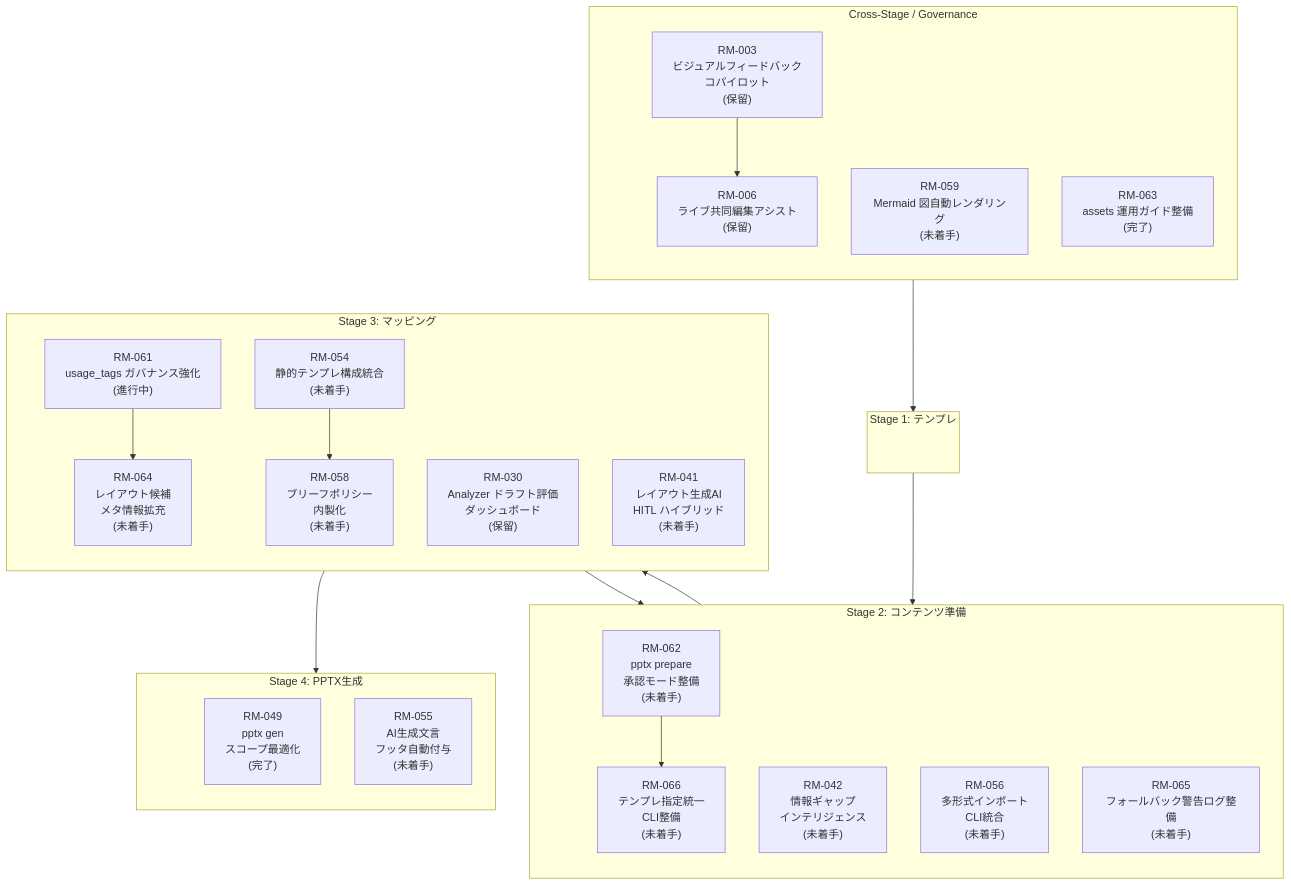
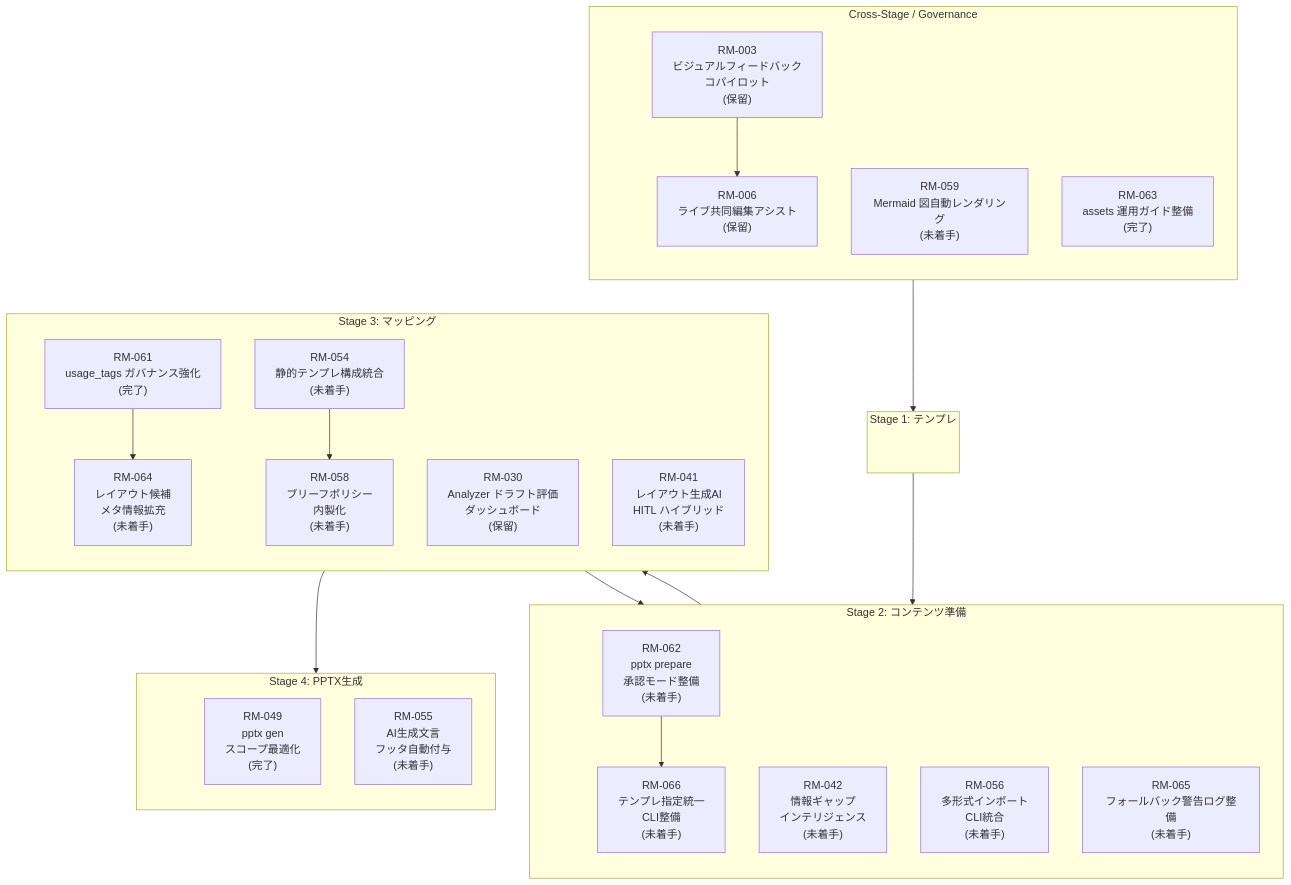
Before and after one commit to yurake/pptx_generator: the diagram in docs/roadmap/roadmap.md, drawn with Mermaid. The commit also changed other lines of this file and 2 other files, not shown here.

````diff
--- a/docs/roadmap/roadmap.md
+++ b/docs/roadmap/roadmap.md
@@ -25,58 +25,58 @@
 ```mermaid
 flowchart TB
     subgraph GOV["Cross-Stage / Governance"]
         direction TB
         GOV_ANCHOR(( ))
         RM003["RM-003<br/>ビジュアルフィードバック<br/>コパイロット<br/>(保留)"]
         RM006["RM-006<br/>ライブ共同編集アシスト<br/>(保留)"]
         RM059["RM-059<br/>Mermaid 図自動レンダリング<br/>(未着手)"]
         RM063["RM-063<br/>assets 運用ガイド整備<br/>(完了)"]
     end
 
     subgraph ST1["Stage 1: テンプレ"]
         direction TB
         ST1_ANCHOR(( ))
     end
 
     subgraph ST2["Stage 2: コンテンツ準備"]
         direction TB
         ST2_ANCHOR(( ))
         RM042["RM-042<br/>情報ギャップ<br/>インテリジェンス<br/>(未着手)"]
         RM056["RM-056<br/>多形式インポート<br/>CLI統合<br/>(未着手)"]
         RM062["RM-062<br/>pptx prepare<br/>承認モード整備<br/>(未着手)"]
         RM065["RM-065<br/>フォールバック警告ログ整備<br/>(未着手)"]
         RM066["RM-066<br/>テンプレ指定統一<br/>CLI整備<br/>(未着手)"]
     end
 
     subgraph ST3["Stage 3: マッピング"]
         direction TB
         ST3_ANCHOR(( ))
         RM030["RM-030<br/>Analyzer ドラフト評価<br/>ダッシュボード<br/>(保留)"]
         RM041["RM-041<br/>レイアウト生成AI<br/>HITL ハイブリッド<br/>(未着手)"]
         RM054["RM-054<br/>静的テンプレ構成統合<br/>(未着手)"]
         RM058["RM-058<br/>ブリーフポリシー<br/>内製化<br/>(未着手)"]
-        RM061["RM-061<br/>usage_tags ガバナンス強化<br/>(進行中)"]
+        RM061["RM-061<br/>usage_tags ガバナンス強化<br/>(完了)"]
         RM064["RM-064<br/>レイアウト候補<br/>メタ情報拡充<br/>(未着手)"]
     end
 
     subgraph ST4["Stage 4: PPTX生成"]
         direction TB
         ST4_ANCHOR(( ))
         RM049["RM-049<br/>pptx gen<br/>スコープ最適化<br/>(完了)"]
         RM055["RM-055<br/>AI生成文言<br/>フッタ自動付与<br/>(未着手)"]
     end
 
     style GOV_ANCHOR fill:transparent,stroke:transparent
     style ST1_ANCHOR fill:transparent,stroke:transparent
     style ST2_ANCHOR fill:transparent,stroke:transparent
     style ST3_ANCHOR fill:transparent,stroke:transparent
     style ST4_ANCHOR fill:transparent,stroke:transparent
 
     GOV_ANCHOR --> ST1_ANCHOR --> ST2_ANCHOR --> ST3_ANCHOR --> ST4_ANCHOR
 
     RM003 --> RM006
     RM061 --> RM064
     RM064 --> RM065
     RM062 --> RM066
     RM054 --> RM058
 ```
````
